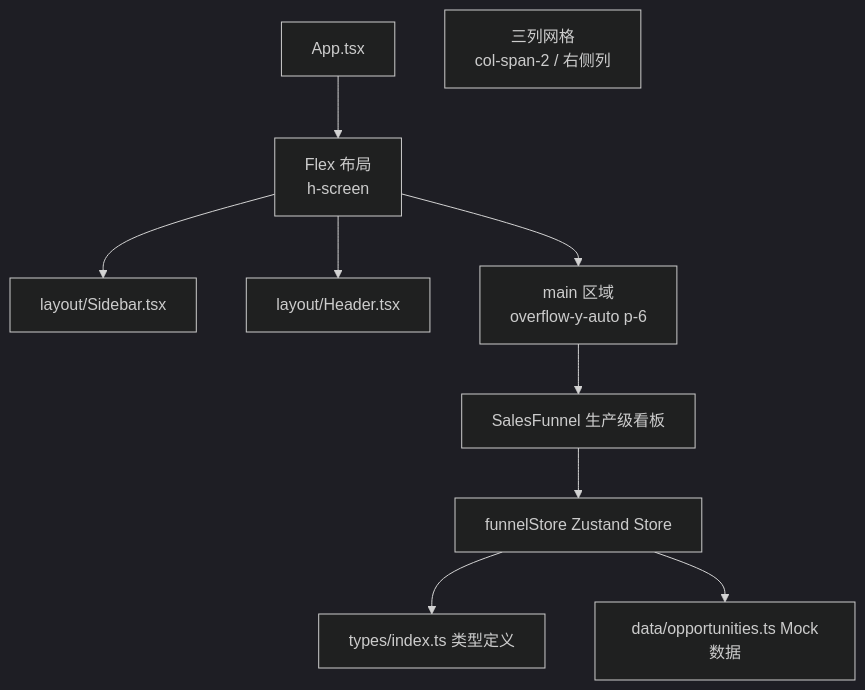
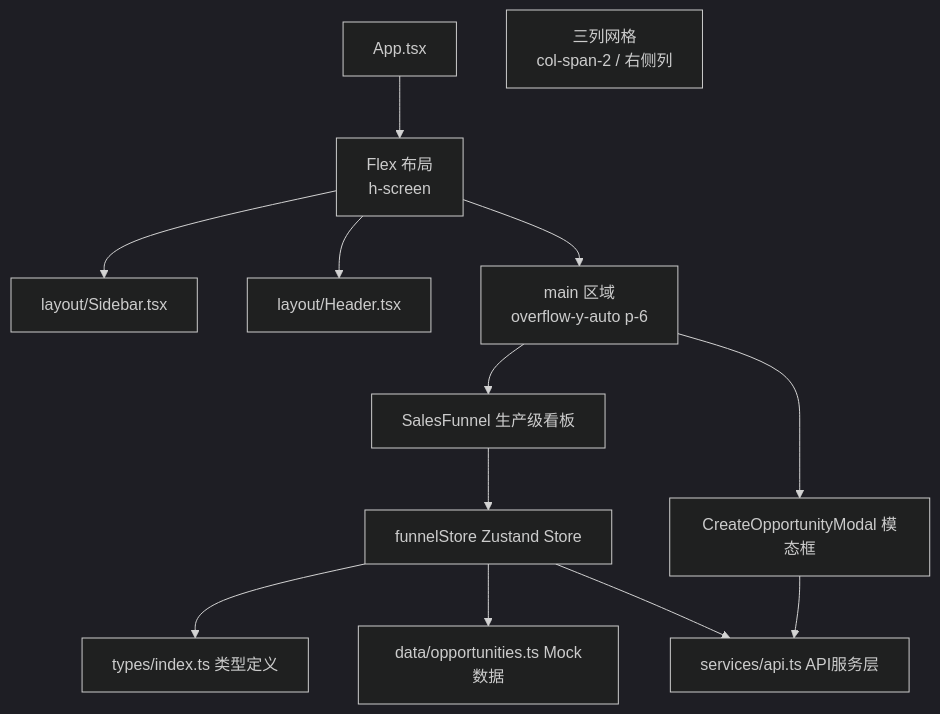
Before and after one commit to xianjianshenqu/SalesFlow-CRM: the second of 3 diagrams in .qoder/repowiki/zh/content/UI_UX设计/组件库规范/组件库规范.md, drawn with Mermaid (dark theme). The commit also changed other lines of this file and 28 other files, not shown here.

````diff
--- a/.qoder/repowiki/zh/content/UI_UX设计/组件库规范/组件库规范.md
+++ b/.qoder/repowiki/zh/content/UI_UX设计/组件库规范/组件库规范.md
@@ -135,21 +150,26 @@
 ```mermaid
 graph TB
 APP["App.tsx"]
 LAYOUT["Flex 布局<br/>h-screen"]
 SIDEBAR["layout/Sidebar.tsx"]
 HEADER["layout/Header.tsx"]
 MAIN["main 区域<br/>overflow-y-auto p-6"]
 GRID["三列网格<br/>col-span-2 / 右侧列"]
 FUNNEL["SalesFunnel 生产级看板"]
 STORE["funnelStore Zustand Store"]
 TYPES["types/index.ts 类型定义"]
 DATA["data/opportunities.ts Mock数据"]
+API["services/api.ts API服务层"]
+CREATE_OPPORTUNITY["CreateOpportunityModal 模态框"]
 APP --> LAYOUT
 LAYOUT --> SIDEBAR
 LAYOUT --> HEADER
 LAYOUT --> MAIN
 MAIN --> FUNNEL
+MAIN --> CREATE_OPPORTUNITY
 FUNNEL --> STORE
 STORE --> TYPES
 STORE --> DATA
+STORE --> API
+CREATE_OPPORTUNITY --> API
 ```
````
